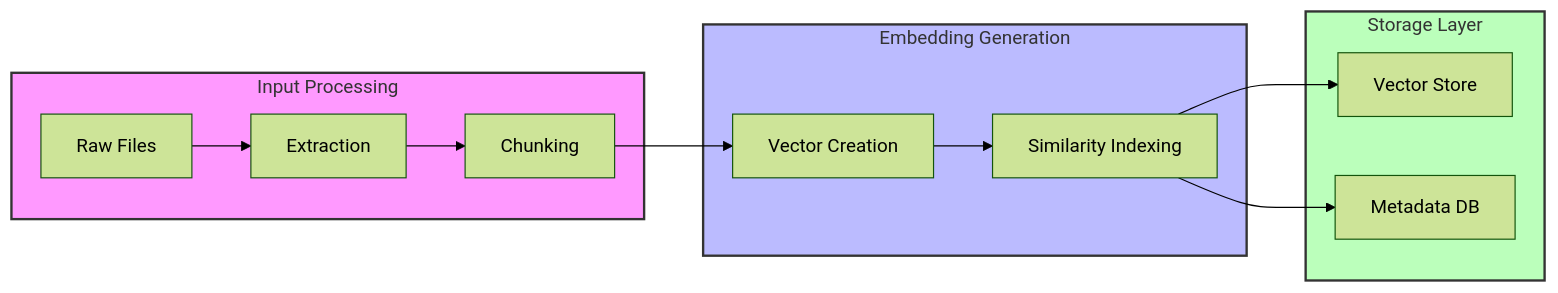
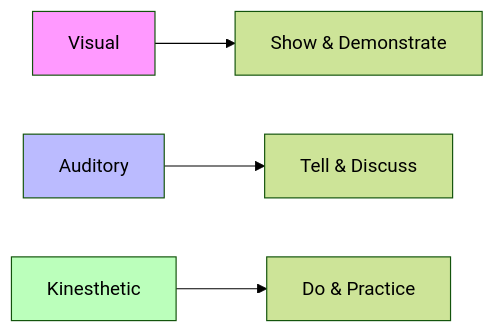
The second of 5 diagrams in README.md (UVU-AI-Innovate/teacher-training-chatbot), drawn with Mermaid (forest theme) before and after one commit. The commit also changed other lines of this file, not shown here.

````diff
--- a/README.md
+++ b/README.md
@@ -131,21 +50,10 @@
-```mermaid
-graph LR
-    subgraph Input["Input Processing"]
-        R[Raw Files] --> E[Extraction]
-        E --> C[Chunking]
-    end
-
-    subgraph Embedding["Embedding Generation"]
-        C --> V[Vector Creation]
-        V --> S[Similarity Indexing]
-    end
-
-    subgraph Storage["Storage Layer"]
-        S --> VS[Vector Store]
-        S --> M[Metadata DB]
-    end
-
-    style Input fill:#f9f,stroke:#333,stroke-width:2px
-    style Embedding fill:#bbf,stroke:#333,stroke-width:2px
-    style Storage fill:#bfb,stroke:#333,stroke-width:2px
-```
+  ```mermaid
+  graph LR
+      V[Visual] --> Show[Show & Demonstrate]
+      A[Auditory] --> Tell[Tell & Discuss]
+      K[Kinesthetic] --> Do[Do & Practice]
+      
+      style V fill:#f9f
+      style A fill:#bbf
+      style K fill:#bfb
+  ```
````
